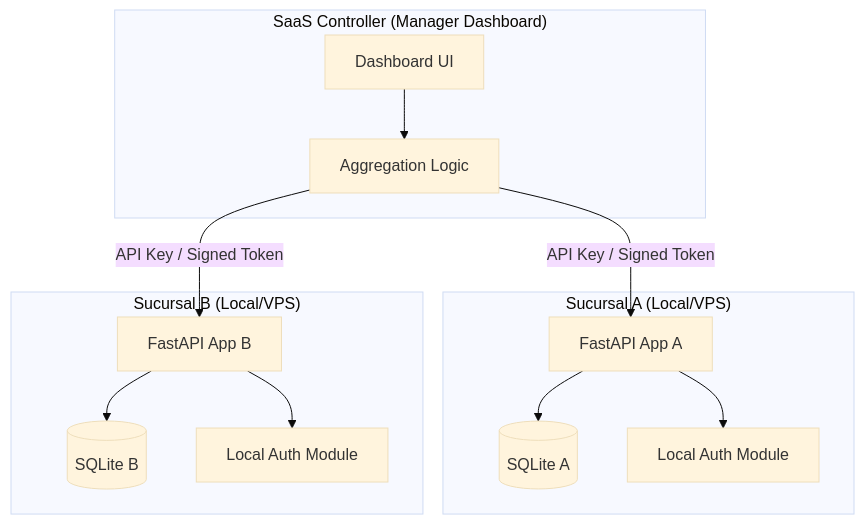
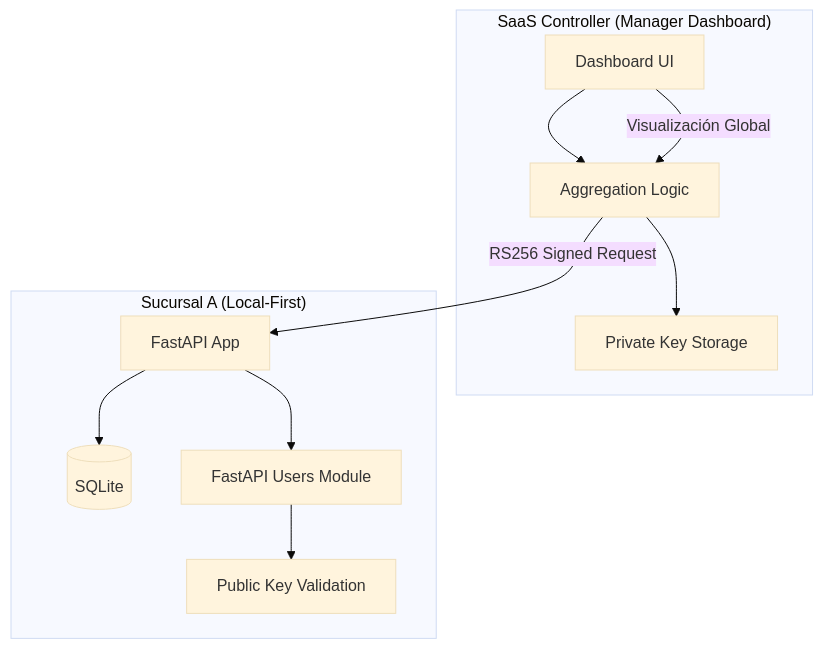
Before and after one commit to kaber420/BlackShotPOS: the diagram in drafts/STRATEGY_LOCAL_DISTRIBUTED_AUTH.md, drawn with Mermaid (base theme). The commit also changed other lines of this file and 47 other files, not shown here.

````diff
--- a/drafts/STRATEGY_LOCAL_DISTRIBUTED_AUTH.md
+++ b/drafts/STRATEGY_LOCAL_DISTRIBUTED_AUTH.md
@@ -27,19 +71,16 @@
 ```mermaid
 graph TD
     subgraph "SaaS Controller (Manager Dashboard)"
         M[Dashboard UI] --> C[Aggregation Logic]
+        C --> PRIV[Private Key Storage]
     end
 
-    subgraph "Sucursal A (Local/VPS)"
-        FA[FastAPI App A] --> DA[(SQLite A)]
-        FA --> AA[Local Auth Module]
+    subgraph "Sucursal A (Local-First)"
+        FA[FastAPI App] --> DA[(SQLite)]
+        FA --> FU[FastAPI Users Module]
+        FU --> PUB[Public Key Validation]
     end
 
-    subgraph "Sucursal B (Local/VPS)"
-        FB[FastAPI App B] --> DB[(SQLite B)]
-        FB --> AB[Local Auth Module]
-    end
-
-    C -- "API Key / Signed Token" --> FA
-    C -- "API Key / Signed Token" --> FB
+    C -- "RS256 Signed Request" --> FA
+    M -- "Visualización Global" --> C
 ```
````
